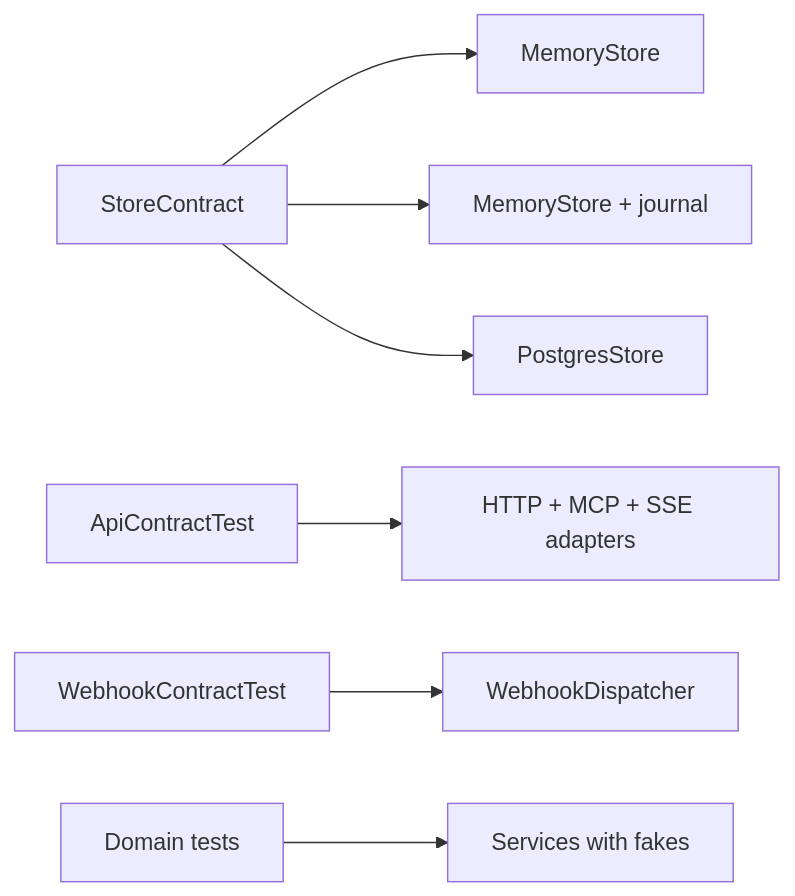
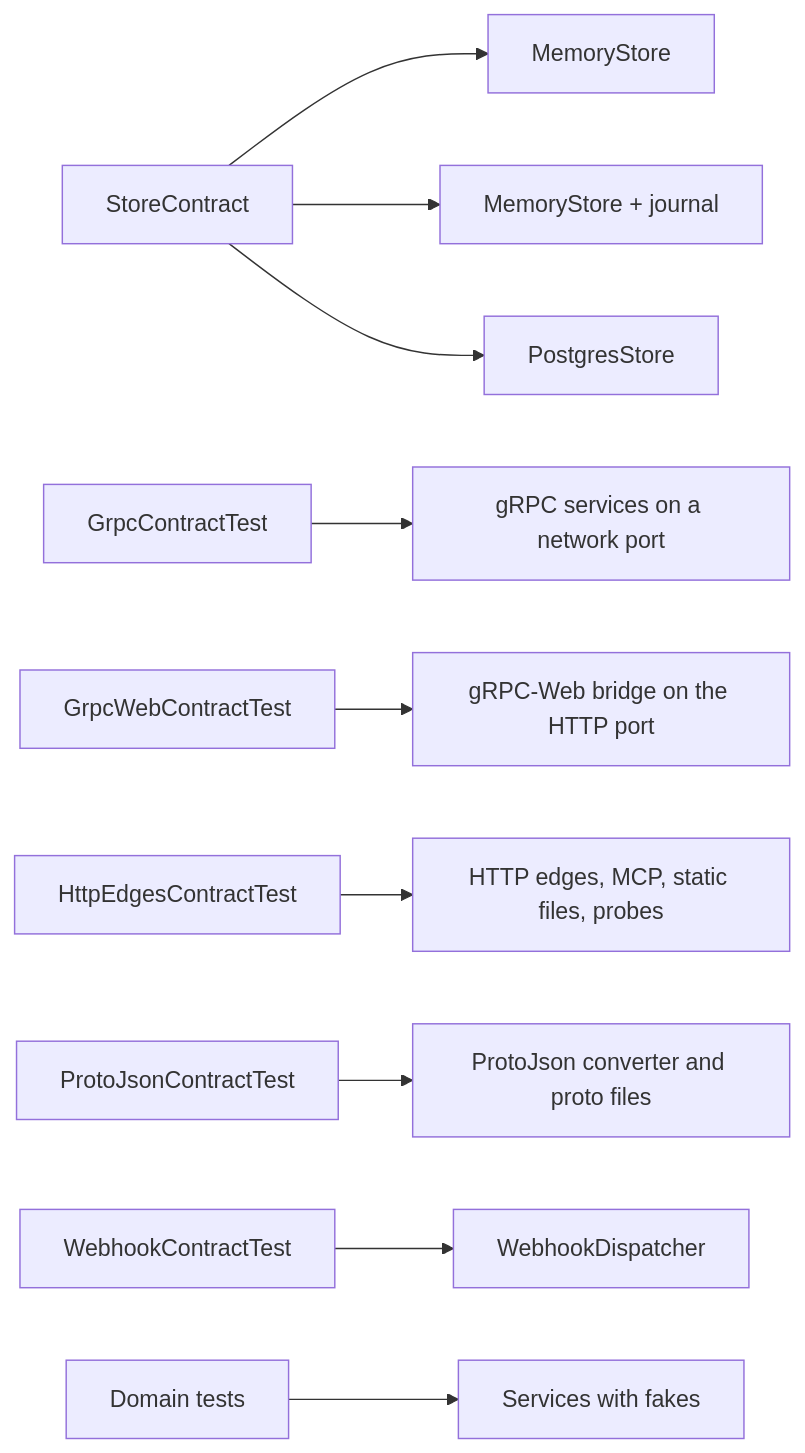
The diagram in docs/testing.md (gigabrain-ideas/mayday), drawn with Mermaid before and after one commit. The commit also changed other lines of this file and 101 other files, not shown here.

````diff
--- a/docs/testing.md
+++ b/docs/testing.md
@@ -5,9 +5,12 @@
 ```mermaid
 flowchart LR
   SC[StoreContract] --> M[MemoryStore]
   SC --> J[MemoryStore + journal]
   SC --> P[PostgresStore]
-  AC[ApiContractTest] --> HTTP[HTTP + MCP + SSE adapters]
-  WC[WebhookContractTest] --> WH[WebhookDispatcher]
+  GC[GrpcContractTest] --> G[gRPC services on a network port]
+  WC[GrpcWebContractTest] --> B[gRPC-Web bridge on the HTTP port]
+  EC[HttpEdgesContractTest] --> E[HTTP edges, MCP, static files, probes]
+  PJ[ProtoJsonContractTest] --> C[ProtoJson converter and proto files]
+  HC[WebhookContractTest] --> WH[WebhookDispatcher]
   DT[Domain tests] --> S[Services with fakes]
 ```
````
